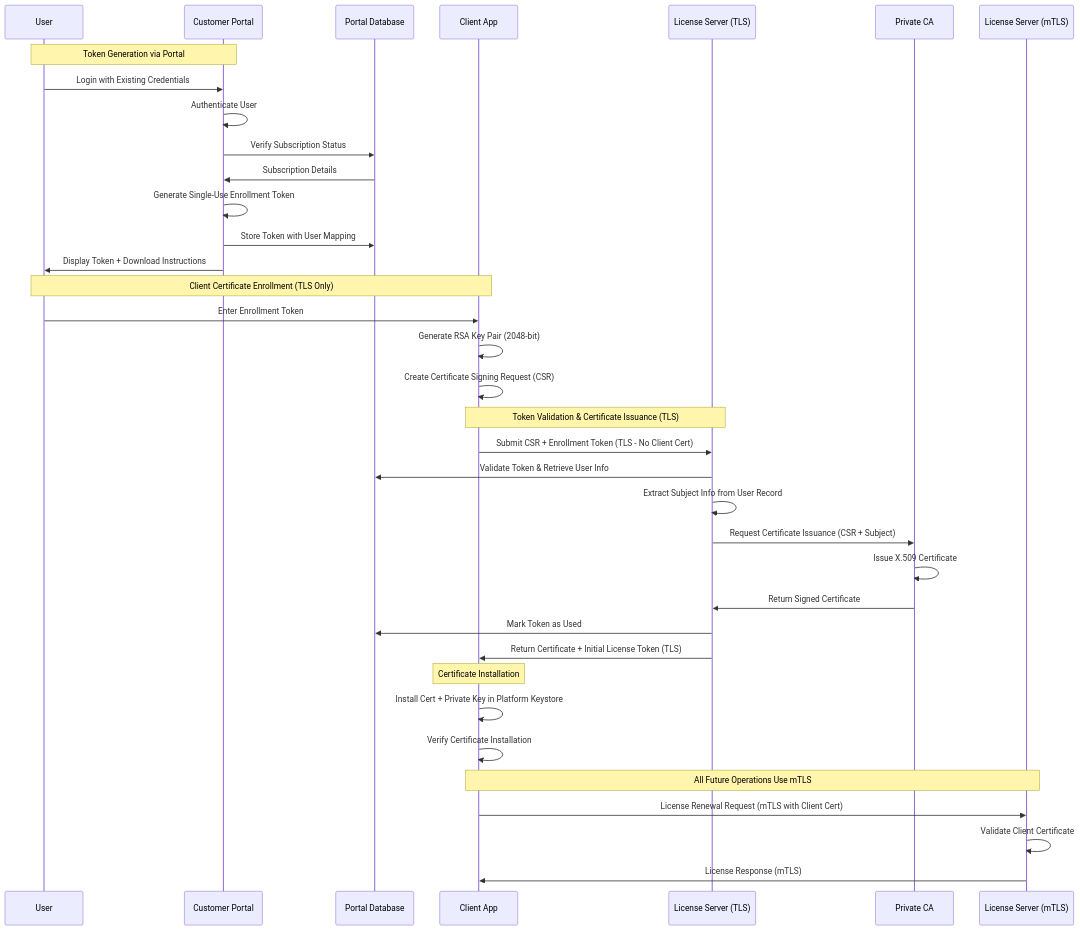
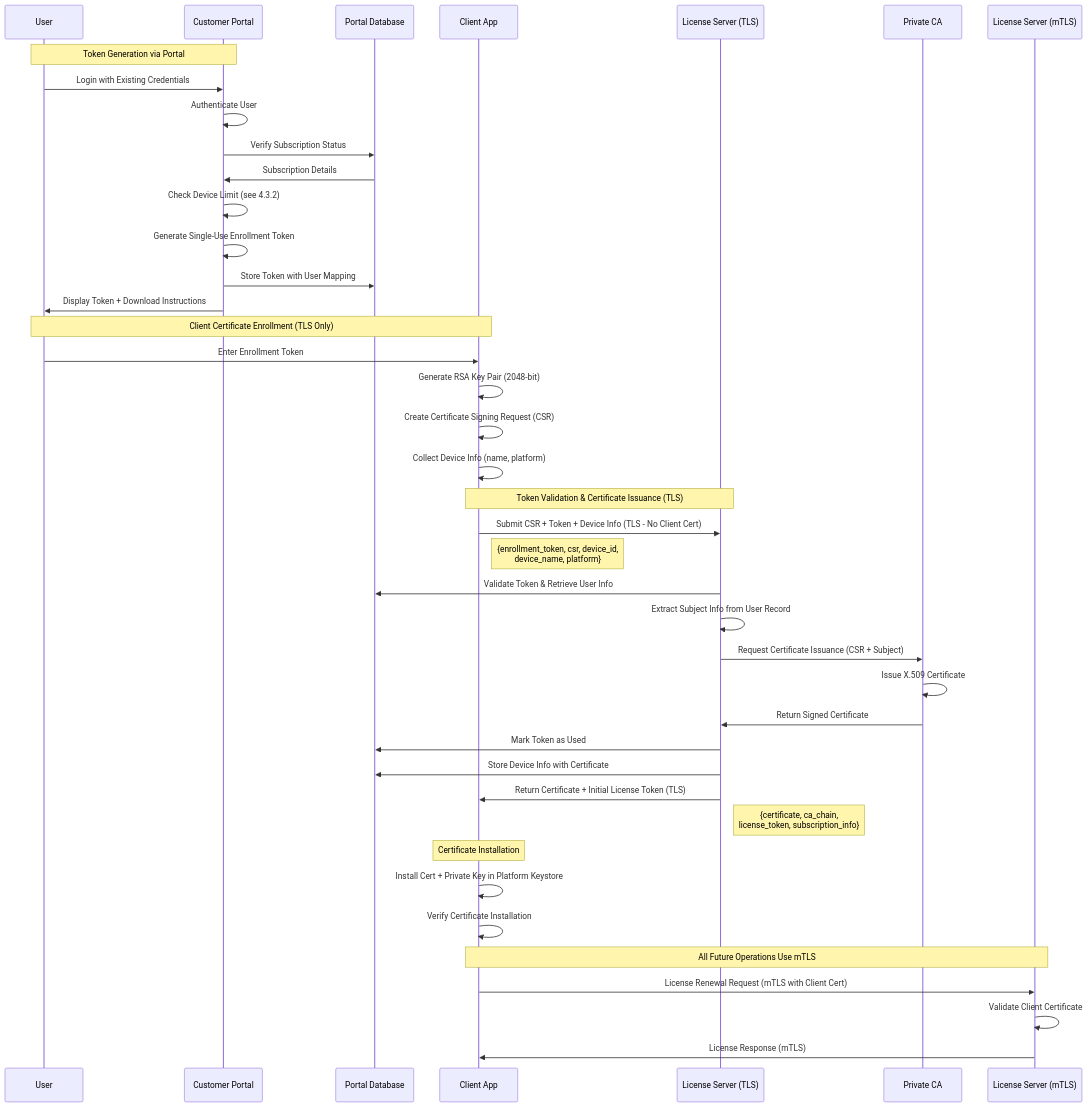
The first of 7 diagrams in spec.md (alanwhite/sub-lic-spec), drawn with Mermaid before and after one commit. The commit also changed other lines of this file, not shown here.

````diff
--- a/spec.md
+++ b/spec.md
@@ -204,43 +396,48 @@
 ```mermaid
 sequenceDiagram
     participant U as User
     participant P as Customer Portal
     participant DB as Portal Database
     participant C as Client App
     participant LS as License Server (TLS)
     participant CA as Private CA
     participant LSM as License Server (mTLS)
     
     Note over U,P: Token Generation via Portal
     U->>P: Login with Existing Credentials
     P->>P: Authenticate User
     P->>DB: Verify Subscription Status
     DB->>P: Subscription Details
+    P->>P: Check Device Limit (see 4.3.2)
     P->>P: Generate Single-Use Enrollment Token
     P->>DB: Store Token with User Mapping
     P->>U: Display Token + Download Instructions
     
     Note over U,C: Client Certificate Enrollment (TLS Only)
     U->>C: Enter Enrollment Token
     C->>C: Generate RSA Key Pair (2048-bit)
     C->>C: Create Certificate Signing Request (CSR)
+    C->>C: Collect Device Info (name, platform)
     
     Note over C,LS: Token Validation & Certificate Issuance (TLS)
-    C->>LS: Submit CSR + Enrollment Token (TLS - No Client Cert)
+    C->>LS: Submit CSR + Token + Device Info (TLS - No Client Cert)
+    Note right of C: {enrollment_token, csr, device_id,<br/>device_name, platform}
     LS->>DB: Validate Token & Retrieve User Info
     LS->>LS: Extract Subject Info from User Record
     LS->>CA: Request Certificate Issuance (CSR + Subject)
     CA->>CA: Issue X.509 Certificate
     CA->>LS: Return Signed Certificate
     LS->>DB: Mark Token as Used
+    LS->>DB: Store Device Info with Certificate
     LS->>C: Return Certificate + Initial License Token (TLS)
+    Note right of LS: {certificate, ca_chain,<br/>license_token, subscription_info}
     
     Note over C: Certificate Installation
     C->>C: Install Cert + Private Key in Platform Keystore
     C->>C: Verify Certificate Installation
     
     Note over C,LSM: All Future Operations Use mTLS
     C->>LSM: License Renewal Request (mTLS with Client Cert)
     LSM->>LSM: Validate Client Certificate
     LSM->>C: License Response (mTLS)
 ```
````
